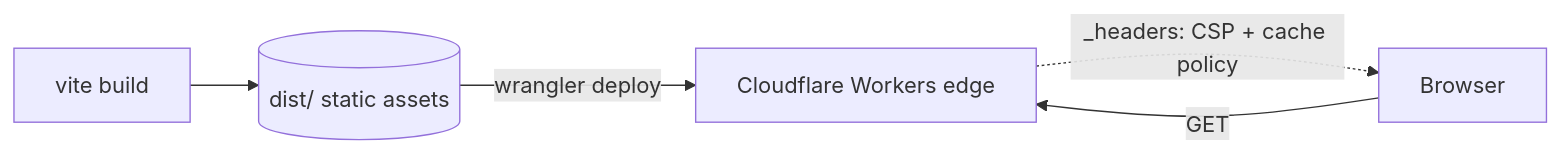
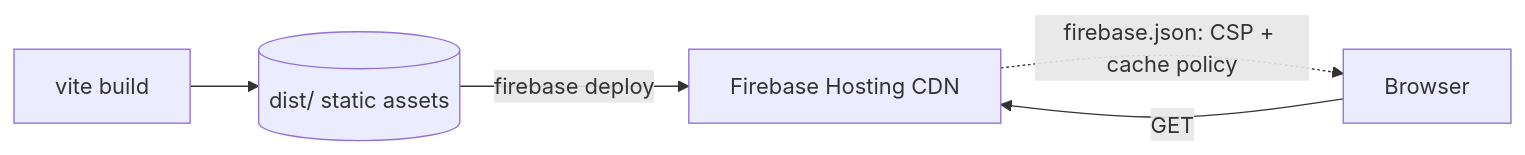
Before and after one commit to martinzachariassen/mlz-no: the diagram in README.md, drawn with Mermaid. The commit also changed other lines of this file and 18 other files, not shown here.

````diff
--- a/README.md
+++ b/README.md
@@ -53,7 +53,7 @@
 ```mermaid
 flowchart LR
   Vite[vite build] --> Dist[(dist/ static assets)]
-  Dist -->|wrangler deploy| Edge[Cloudflare Workers edge]
+  Dist -->|firebase deploy| Edge[Firebase Hosting CDN]
   Browser -->|GET| Edge
-  Edge -.->|_headers: CSP + cache policy| Browser
+  Edge -.->|firebase.json: CSP + cache policy| Browser
 ```
````
